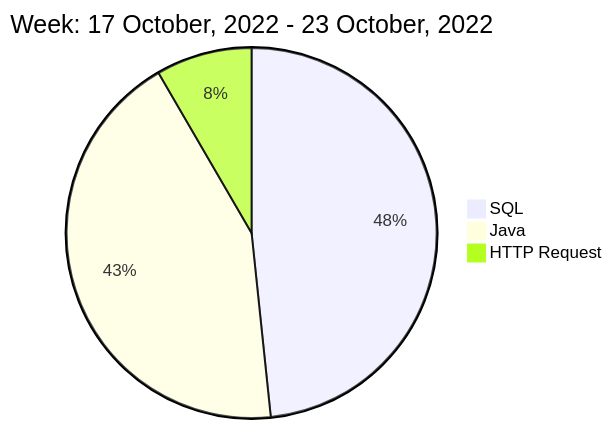
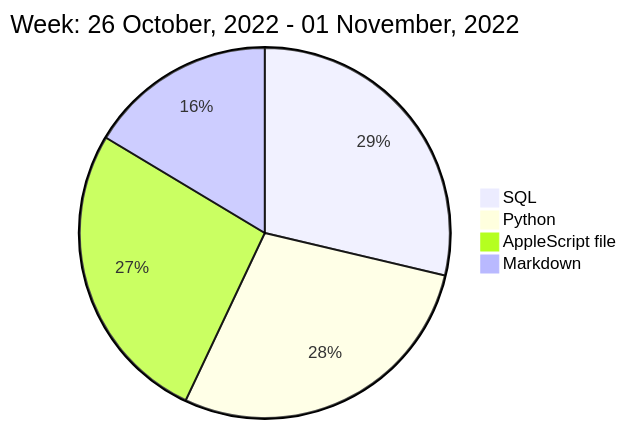
Before and after one commit to liubin95/liubin95: the diagram in README.md, drawn with Mermaid.

Commit message:
Updated the Graph with new Metrics

````diff
--- a/README.md
+++ b/README.md
@@ -40,7 +40,8 @@
 ```mermaid
  pie
-title Week: 17 October, 2022 - 23 October, 2022
- "SQL" : 9.92
- "Java" : 8.88
- "HTTP Request" : 1.72
+title Week: 26 October, 2022 - 01 November, 2022
+ "SQL" : 2.45
+ "Python" : 2.42
+ "AppleScript file" : 2.27
+ "Markdown" : 1.4
 ```
````
